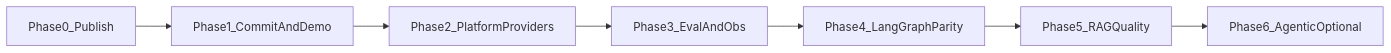
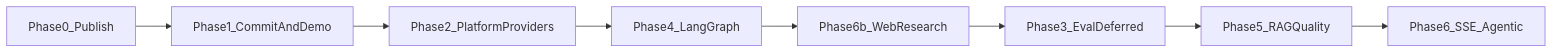
The diagram in docs/roadmap/PORTFOLIO_PHASED_ROADMAP.md (sandeep-jay/campus-rag-assistant), drawn with Mermaid before and after one commit. The commit also changed other lines of this file and 57 other files, not shown here.

````diff
--- a/docs/roadmap/PORTFOLIO_PHASED_ROADMAP.md
+++ b/docs/roadmap/PORTFOLIO_PHASED_ROADMAP.md
@@ -24,11 +26,12 @@
 ```mermaid
 flowchart LR
   P0[Phase0_Publish]
   P1[Phase1_CommitAndDemo]
   P2[Phase2_PlatformProviders]
-  P3[Phase3_EvalAndObs]
-  P4[Phase4_LangGraphParity]
+  P4[Phase4_LangGraph]
+  P6W[Phase6b_WebResearch]
+  P3[Phase3_EvalDeferred]
   P5[Phase5_RAGQuality]
-  P6[Phase6_AgenticOptional]
-  P0 --> P1 --> P2 --> P3 --> P4 --> P5 --> P6
+  P6[Phase6_SSE_Agentic]
+  P0 --> P1 --> P2 --> P4 --> P6W --> P3 --> P5 --> P6
 ```
````
